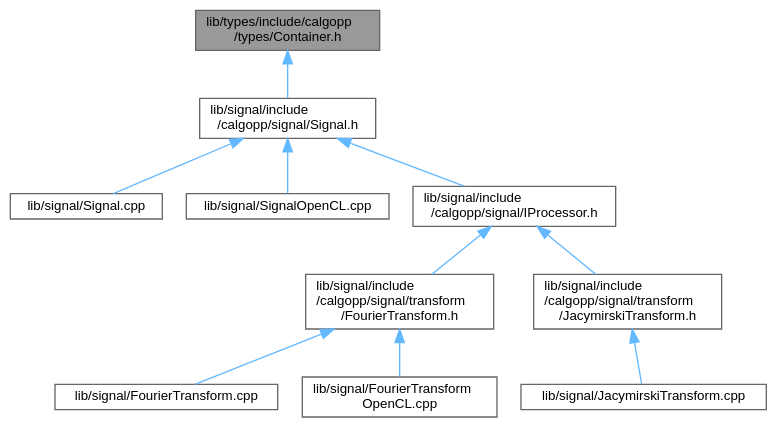
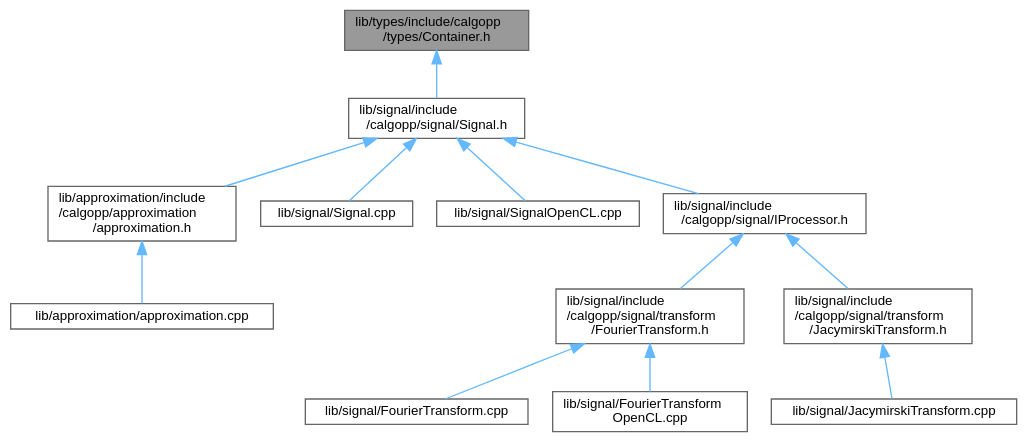
The diagram in Container_8h__dep__incl.dot (pawelekg95/algopp), drawn with Graphviz before and after one commit. The commit also changed 97 other files, not shown here.

```diff
--- a/Container_8h__dep__incl.dot
+++ b/Container_8h__dep__incl.dot
@@ -1,26 +1,30 @@
 digraph "lib/types/include/calgopp/types/Container.h"
 {
  // LATEX_PDF_SIZE
   bgcolor="transparent";
   edge [fontname=Helvetica,fontsize=10,labelfontname=Helvetica,labelfontsize=10];
   node [fontname=Helvetica,fontsize=10,shape=box,height=0.2,width=0.4];
   Node1 [label="lib/types/include/calgopp\l/types/Container.h",height=0.2,width=0.4,color="gray40", fillcolor="grey60", style="filled", fontcolor="black",tooltip=" "];
   Node1 -> Node2 [dir="back",color="steelblue1",style="solid"];
   Node2 [label="lib/signal/include\l/calgopp/signal/Signal.h",height=0.2,width=0.4,color="grey40", fillcolor="white", style="filled",URL="$Signal_8h.html",tooltip=" "];
   Node2 -> Node3 [dir="back",color="steelblue1",style="solid"];
-  Node3 [label="lib/signal/Signal.cpp",height=0.2,width=0.4,color="grey40", fillcolor="white", style="filled",URL="$Signal_8cpp.html",tooltip=" "];
-  Node2 -> Node4 [dir="back",color="steelblue1",style="solid"];
-  Node4 [label="lib/signal/SignalOpenCL.cpp",height=0.2,width=0.4,color="grey40", fillcolor="white", style="filled",URL="$SignalOpenCL_8cpp.html",tooltip=" "];
+  Node3 [label="lib/approximation/include\l/calgopp/approximation\l/approximation.h",height=0.2,width=0.4,color="grey40", fillcolor="white", style="filled",URL="$approximation_8h.html",tooltip=" "];
+  Node3 -> Node4 [dir="back",color="steelblue1",style="solid"];
+  Node4 [label="lib/approximation/approximation.cpp",height=0.2,width=0.4,color="grey40", fillcolor="white", style="filled",URL="$approximation_8cpp.html",tooltip=" "];
   Node2 -> Node5 [dir="back",color="steelblue1",style="solid"];
-  Node5 [label="lib/signal/include\l/calgopp/signal/IProcessor.h",height=0.2,width=0.4,color="grey40", fillcolor="white", style="filled",URL="$IProcessor_8h.html",tooltip=" "];
-  Node5 -> Node6 [dir="back",color="steelblue1",style="solid"];
-  Node6 [label="lib/signal/include\l/calgopp/signal/transform\l/FourierTransform.h",height=0.2,width=0.4,color="grey40", fillcolor="white", style="filled",URL="$FourierTransform_8h.html",tooltip=" "];
-  Node6 -> Node7 [dir="back",color="steelblue1",style="solid"];
-  Node7 [label="lib/signal/FourierTransform.cpp",height=0.2,width=0.4,color="grey40", fillcolor="white", style="filled",URL="$FourierTransform_8cpp.html",tooltip=" "];
-  Node6 -> Node8 [dir="back",color="steelblue1",style="solid"];
-  Node8 [label="lib/signal/FourierTransform\lOpenCL.cpp",height=0.2,width=0.4,color="grey40", fillcolor="white", style="filled",URL="$FourierTransformOpenCL_8cpp.html",tooltip=" "];
-  Node5 -> Node9 [dir="back",color="steelblue1",style="solid"];
-  Node9 [label="lib/signal/include\l/calgopp/signal/transform\l/JacymirskiTransform.h",height=0.2,width=0.4,color="grey40", fillcolor="white", style="filled",URL="$JacymirskiTransform_8h.html",tooltip=" "];
-  Node9 -> Node10 [dir="back",color="steelblue1",style="solid"];
-  Node10 [label="lib/signal/JacymirskiTransform.cpp",height=0.2,width=0.4,color="grey40", fillcolor="white", style="filled",URL="$JacymirskiTransform_8cpp.html",tooltip=" "];
+  Node5 [label="lib/signal/Signal.cpp",height=0.2,width=0.4,color="grey40", fillcolor="white", style="filled",URL="$Signal_8cpp.html",tooltip=" "];
+  Node2 -> Node6 [dir="back",color="steelblue1",style="solid"];
+  Node6 [label="lib/signal/SignalOpenCL.cpp",height=0.2,width=0.4,color="grey40", fillcolor="white", style="filled",URL="$SignalOpenCL_8cpp.html",tooltip=" "];
+  Node2 -> Node7 [dir="back",color="steelblue1",style="solid"];
+  Node7 [label="lib/signal/include\l/calgopp/signal/IProcessor.h",height=0.2,width=0.4,color="grey40", fillcolor="white", style="filled",URL="$IProcessor_8h.html",tooltip=" "];
+  Node7 -> Node8 [dir="back",color="steelblue1",style="solid"];
+  Node8 [label="lib/signal/include\l/calgopp/signal/transform\l/FourierTransform.h",height=0.2,width=0.4,color="grey40", fillcolor="white", style="filled",URL="$FourierTransform_8h.html",tooltip=" "];
+  Node8 -> Node9 [dir="back",color="steelblue1",style="solid"];
+  Node9 [label="lib/signal/FourierTransform.cpp",height=0.2,width=0.4,color="grey40", fillcolor="white", style="filled",URL="$FourierTransform_8cpp.html",tooltip=" "];
+  Node8 -> Node10 [dir="back",color="steelblue1",style="solid"];
+  Node10 [label="lib/signal/FourierTransform\lOpenCL.cpp",height=0.2,width=0.4,color="grey40", fillcolor="white", style="filled",URL="$FourierTransformOpenCL_8cpp.html",tooltip=" "];
+  Node7 -> Node11 [dir="back",color="steelblue1",style="solid"];
+  Node11 [label="lib/signal/include\l/calgopp/signal/transform\l/JacymirskiTransform.h",height=0.2,width=0.4,color="grey40", fillcolor="white", style="filled",URL="$JacymirskiTransform_8h.html",tooltip=" "];
+  Node11 -> Node12 [dir="back",color="steelblue1",style="solid"];
+  Node12 [label="lib/signal/JacymirskiTransform.cpp",height=0.2,width=0.4,color="grey40", fillcolor="white", style="filled",URL="$JacymirskiTransform_8cpp.html",tooltip=" "];
 }
```
